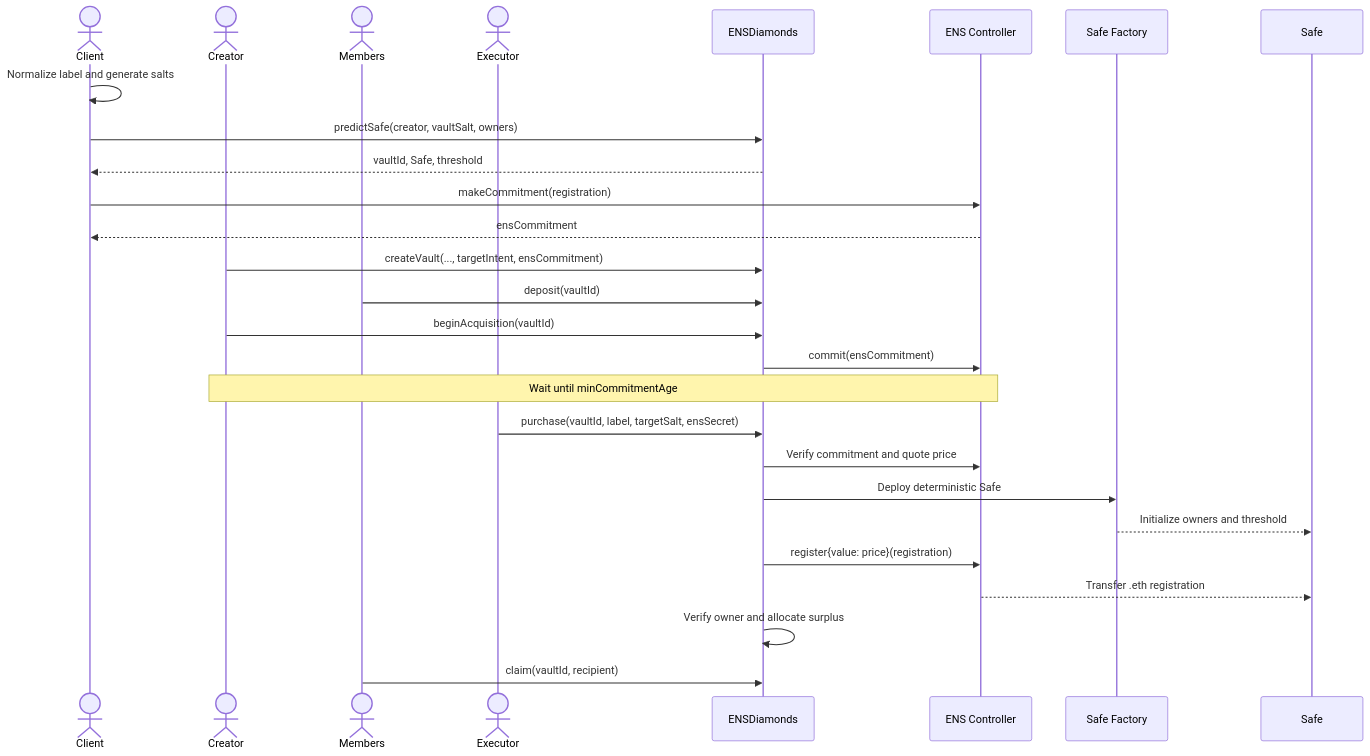
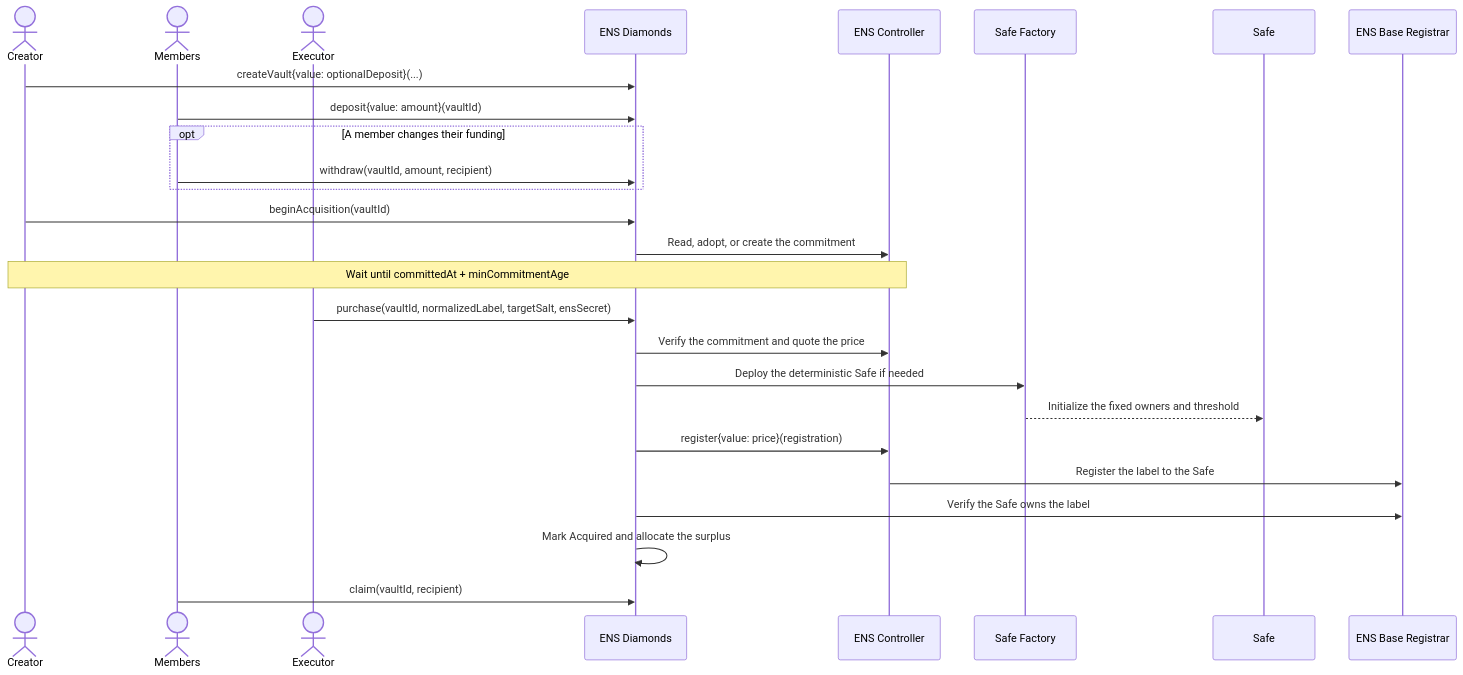
Before and after one commit to thenamespace/ens-diamonds: the second of 10 diagrams in packages/contracts/ARCHITECTURE.md, drawn with Mermaid. The commit also changed other lines of this file and 1 other file, not shown here.

Commit message:
docs(contracts): refine architecture user flows

````diff
--- a/packages/contracts/ARCHITECTURE.md
+++ b/packages/contracts/ARCHITECTURE.md
@@ -355,30 +283,29 @@
 ```mermaid
 sequenceDiagram
-    actor Client
     actor Creator
     actor Members
     actor Executor
-    participant Diamonds as ENSDiamonds
-    participant ENS as ENS Controller
+    participant Diamonds as ENS Diamonds
+    participant Controller as ENS Controller
     participant Factory as Safe Factory
     participant Safe
+    participant Registrar as ENS Base Registrar
 
-    Client->>Client: Normalize label and generate salts
-    Client->>Diamonds: predictSafe(creator, vaultSalt, owners)
-    Diamonds-->>Client: vaultId, Safe, threshold
-    Client->>ENS: makeCommitment(registration)
-    ENS-->>Client: ensCommitment
-    Creator->>Diamonds: createVault(..., targetIntent, ensCommitment)
-    Members->>Diamonds: deposit(vaultId)
+    Creator->>Diamonds: createVault{value: optionalDeposit}(...)
+    Members->>Diamonds: deposit{value: amount}(vaultId)
+    opt A member changes their funding
+        Members->>Diamonds: withdraw(vaultId, amount, recipient)
+    end
     Creator->>Diamonds: beginAcquisition(vaultId)
-    Diamonds->>ENS: commit(ensCommitment)
-    Note over Creator,ENS: Wait until minCommitmentAge
-    Executor->>Diamonds: purchase(vaultId, label, targetSalt, ensSecret)
-    Diamonds->>ENS: Verify commitment and quote price
-    Diamonds->>Factory: Deploy deterministic Safe
-    Factory-->>Safe: Initialize owners and threshold
-    Diamonds->>ENS: register{value: price}(registration)
-    ENS-->>Safe: Transfer .eth registration
-    Diamonds->>Diamonds: Verify owner and allocate surplus
+    Diamonds->>Controller: Read, adopt, or create the commitment
+    Note over Creator,Controller: Wait until committedAt + minCommitmentAge
+    Executor->>Diamonds: purchase(vaultId, normalizedLabel, targetSalt, ensSecret)
+    Diamonds->>Controller: Verify the commitment and quote the price
+    Diamonds->>Factory: Deploy the deterministic Safe if needed
+    Factory-->>Safe: Initialize the fixed owners and threshold
+    Diamonds->>Controller: register{value: price}(registration)
+    Controller->>Registrar: Register the label to the Safe
+    Diamonds->>Registrar: Verify the Safe owns the label
+    Diamonds->>Diamonds: Mark Acquired and allocate the surplus
     Members->>Diamonds: claim(vaultId, recipient)
 ```
````
